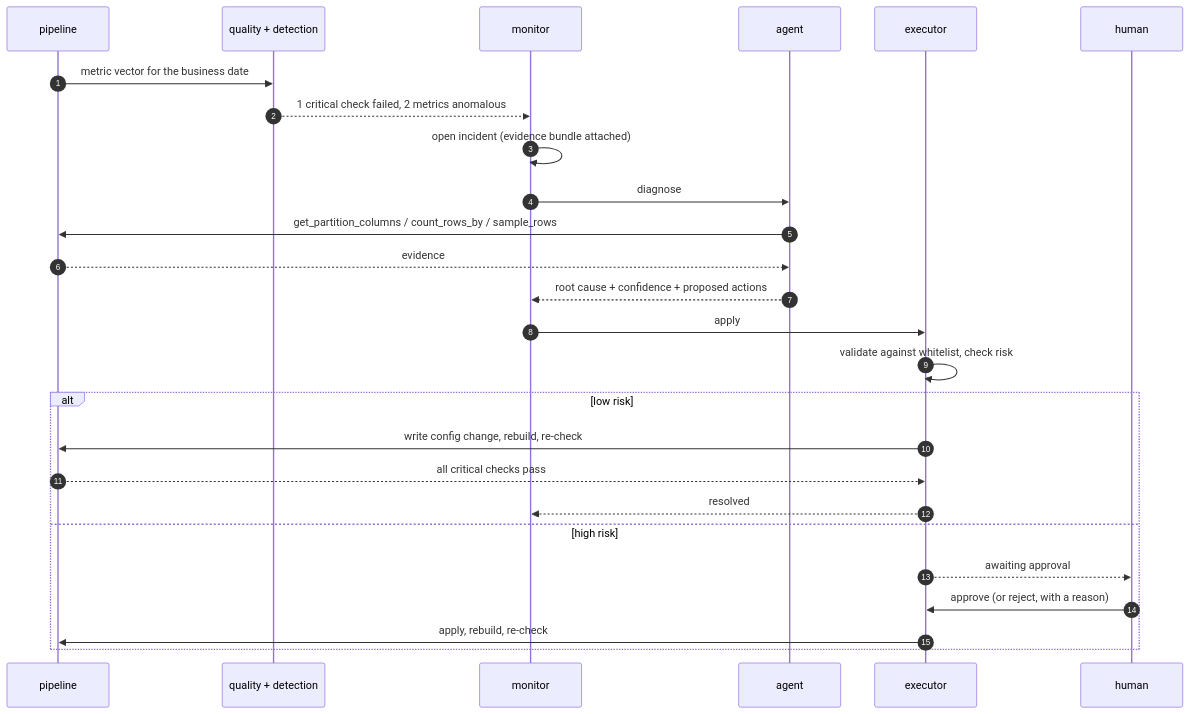
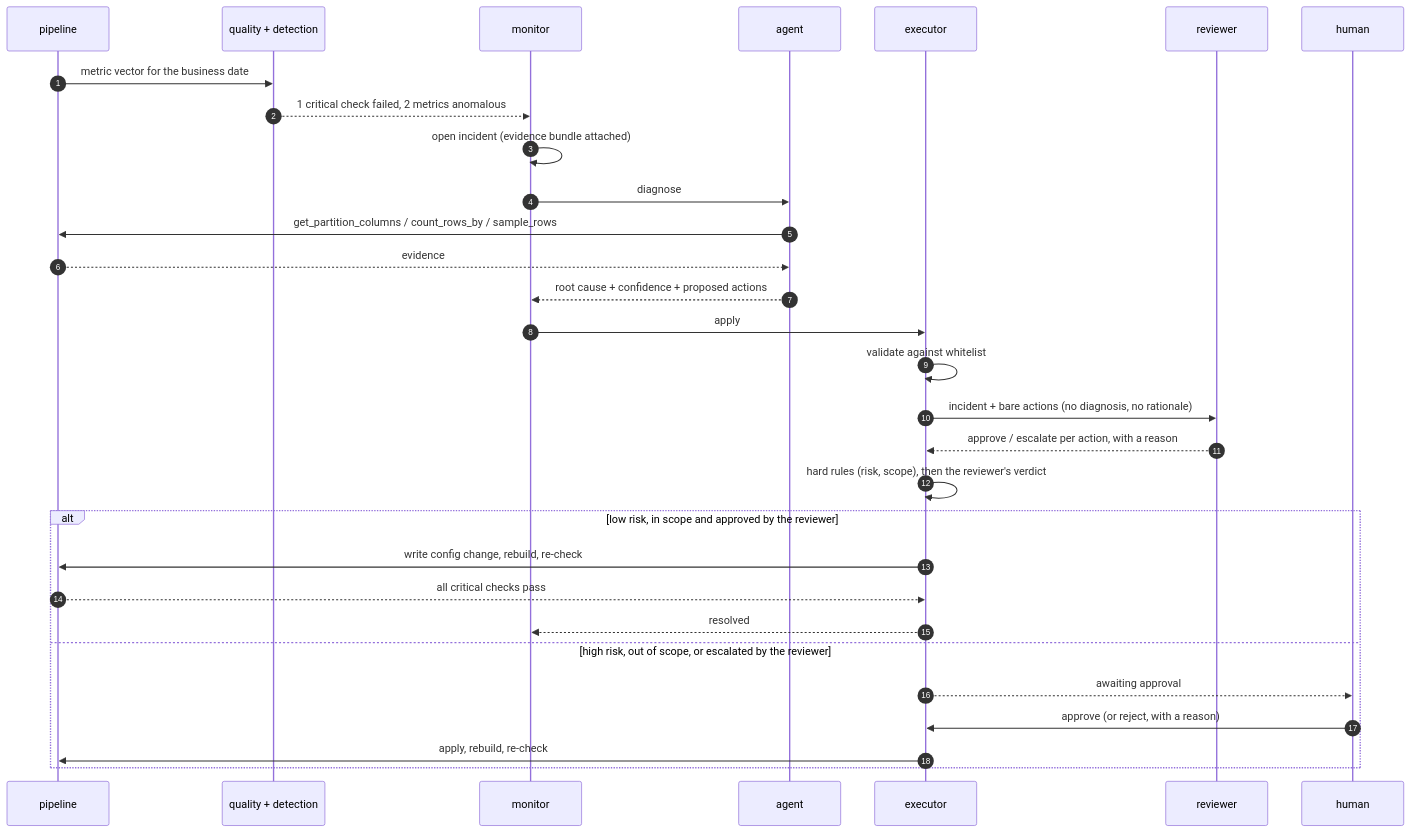
One commit to M4tthew11/Sentinel changed the second of 2 diagrams in README.md. Above: the diagram before and after it, drawn with Mermaid. The commit also changed other lines of this file and 19 other files, not shown here.

````diff
--- a/README.md
+++ b/README.md
@@ -150,29 +157,33 @@
 ```mermaid
 sequenceDiagram
     autonumber
     participant P as pipeline
     participant Q as quality + detection
     participant M as monitor
     participant A as agent
     participant E as executor
+    participant R as reviewer
     participant H as human
 
     P->>Q: metric vector for the business date
     Q-->>M: 1 critical check failed, 2 metrics anomalous
     M->>M: open incident (evidence bundle attached)
     M->>A: diagnose
     A->>P: get_partition_columns / count_rows_by / sample_rows
     P-->>A: evidence
     A-->>M: root cause + confidence + proposed actions
     M->>E: apply
-    E->>E: validate against whitelist, check risk
-    alt low risk
+    E->>E: validate against whitelist
+    E->>R: incident + bare actions (no diagnosis, no rationale)
+    R-->>E: approve / escalate per action, with a reason
+    E->>E: hard rules (risk, scope), then the reviewer's verdict
+    alt low risk, in scope and approved by the reviewer
         E->>P: write config change, rebuild, re-check
         P-->>E: all critical checks pass
         E-->>M: resolved
-    else high risk
+    else high risk, out of scope, or escalated by the reviewer
         E-->>H: awaiting approval
         H->>E: approve (or reject, with a reason)
         E->>P: apply, rebuild, re-check
     end
 ```
````
